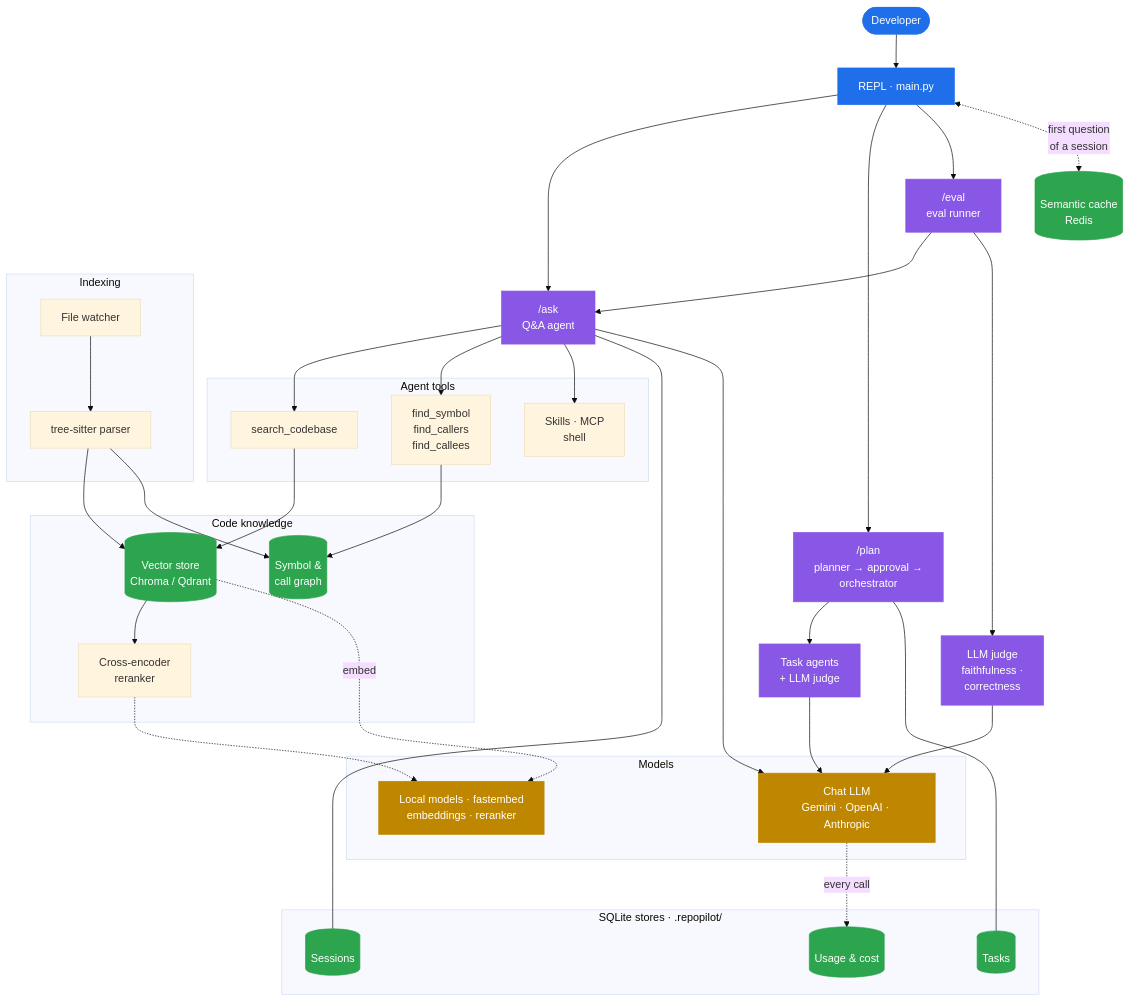
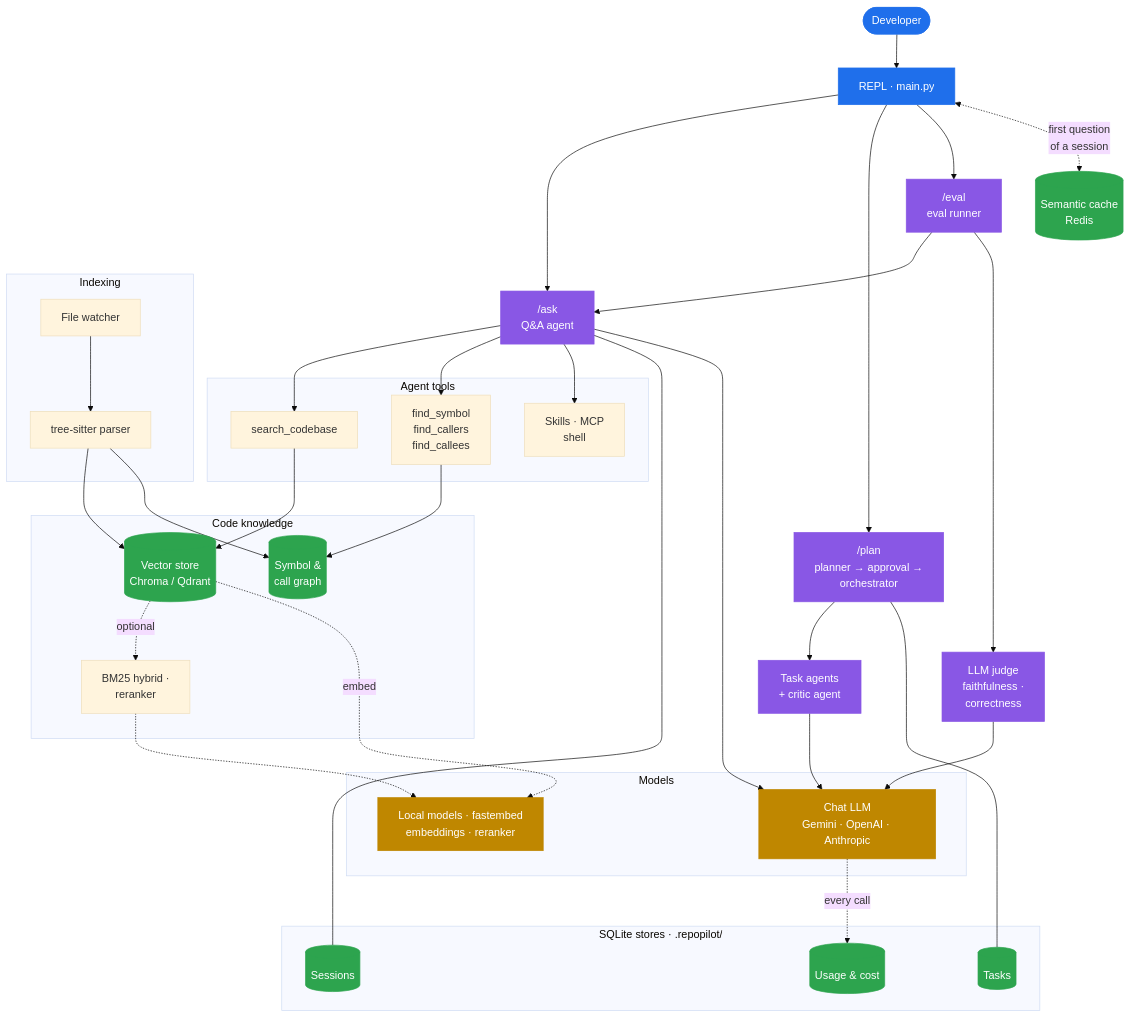
One commit to Parth-Babariya/RepoPilot changed the first of 9 diagrams in README.md. Above: the diagram before and after it, drawn with Mermaid (base theme). The commit also changed other lines of this file and 120 other files, not shown here.

````diff
--- a/README.md
+++ b/README.md
@@ -63,63 +63,63 @@
 ```mermaid
 flowchart TB
     dev(["Developer"]) --> repl["REPL · main.py"]
 
     repl --> ask["/ask<br/>Q&A agent"]
     repl --> plan["/plan<br/>planner → approval →<br/>orchestrator"]
     repl --> evalr["/eval<br/>eval runner"]
     repl <-. "first question<br/>of a session" .-> cache[("Semantic cache<br/>Redis")]
 
     evalr --> ask
     evalr --> ejudge["LLM judge<br/>faithfulness ·<br/>correctness"]
-    plan --> workers["Task agents<br/>+ LLM judge"]
+    plan --> workers["Task agents<br/>+ critic agent"]
 
     subgraph tools["Agent tools"]
         search["search_codebase"]
         symtools["find_symbol<br/>find_callers<br/>find_callees"]
         ext["Skills · MCP<br/>shell"]
     end
     ask --> search
     ask --> symtools
     ask --> ext
 
     subgraph knowledge["Code knowledge"]
-        vec[("Vector store<br/>Chroma / Qdrant")] --> rerank["Cross-encoder<br/>reranker"]
+        vec[("Vector store<br/>Chroma / Qdrant")] -. optional .-> rerank["BM25 hybrid ·<br/>reranker"]
         symgraph[("Symbol &<br/>call graph")]
     end
     search --> vec
     symtools --> symgraph
 
     subgraph indexing["Indexing"]
         watcher["File watcher"] --> parser["tree-sitter parser"]
     end
     parser --> vec
     parser --> symgraph
 
     subgraph storage["SQLite stores · .repopilot/"]
         mem[("Sessions")]
         tasks[("Tasks")]
         usage[("Usage & cost")]
     end
     ask --- mem
     plan --- tasks
 
     subgraph models["Models"]
         llm["Chat LLM<br/>Gemini · OpenAI · Anthropic"]
         local["Local models · fastembed<br/>embeddings · reranker"]
     end
     ask --> llm
     workers --> llm
     ejudge --> llm
     vec -. embed .-> local
     rerank -.-> local
     llm -. every call .-> usage
 
     classDef entry fill:#1f6feb,stroke:#1f6feb,color:#fff
     classDef agent fill:#8957e5,stroke:#8957e5,color:#fff
     classDef store fill:#2da44e,stroke:#2da44e,color:#fff
     classDef model fill:#bf8700,stroke:#bf8700,color:#fff
     class dev,repl entry
     class ask,plan,evalr,workers,ejudge agent
     class cache,vec,symgraph,mem,tasks,usage store
     class llm,local model
 ```
````
